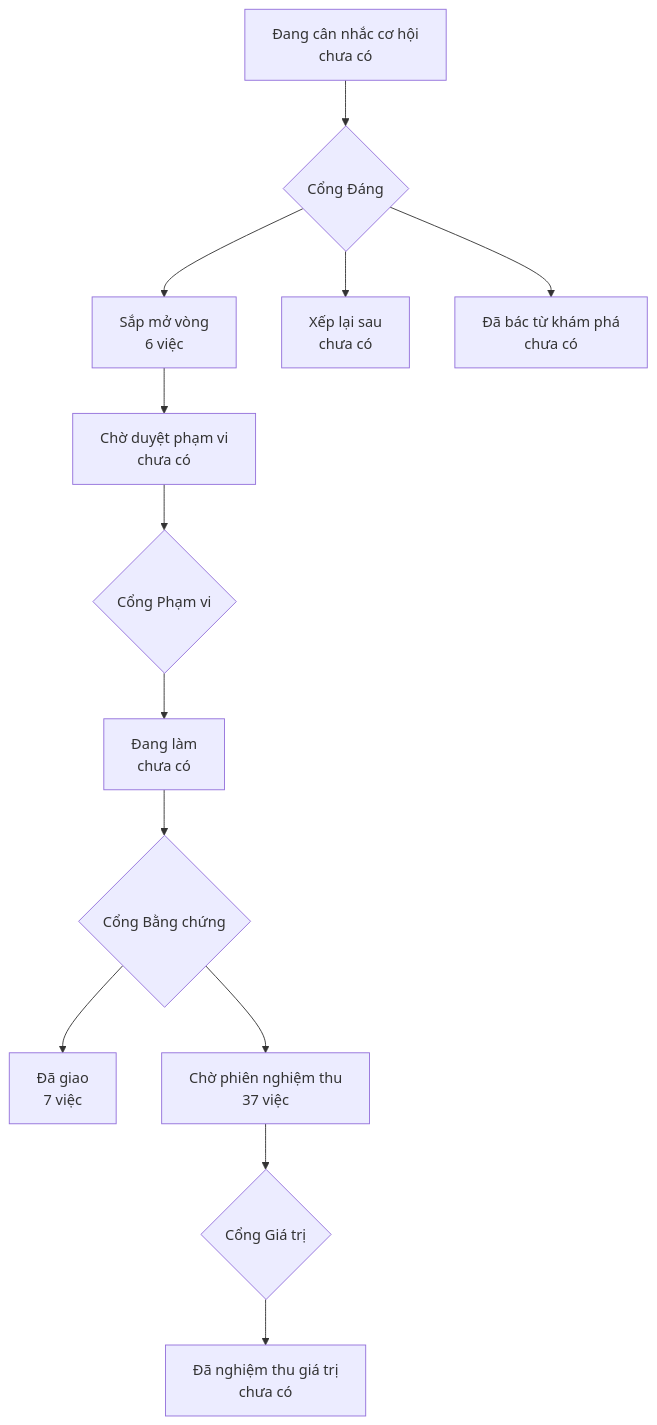
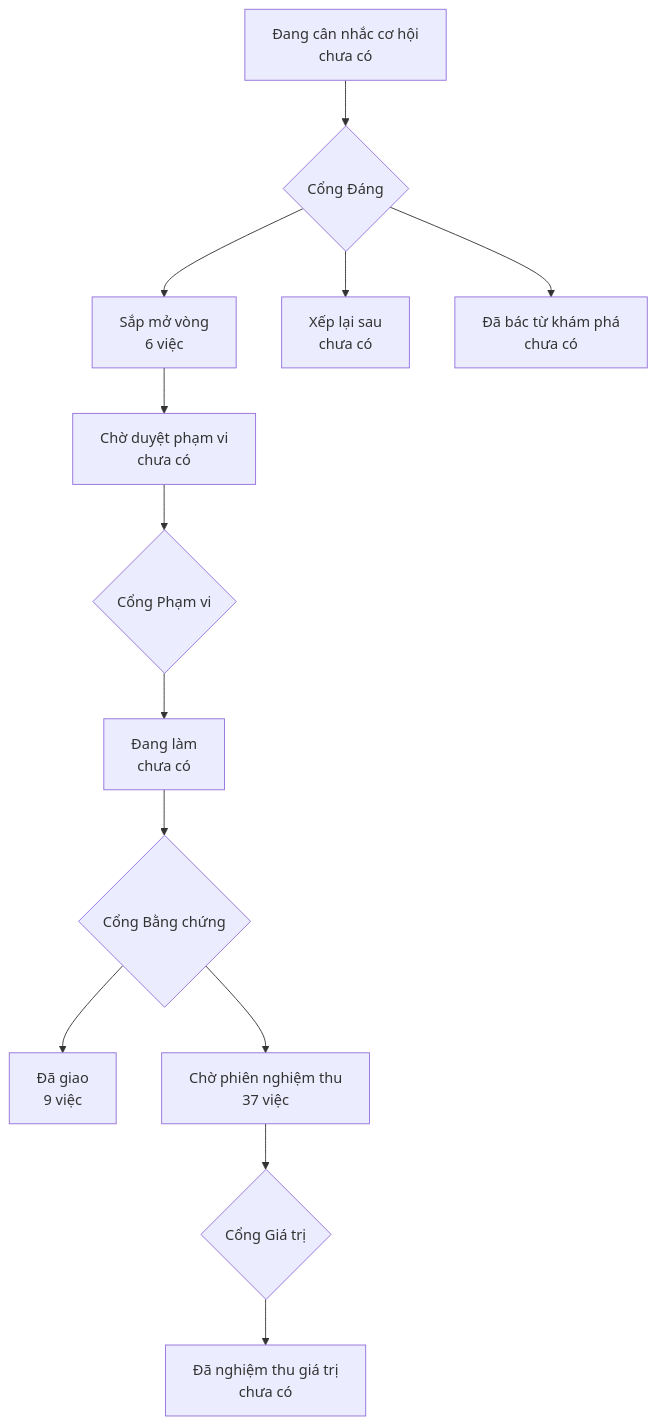
One commit to phanlemanh/onehub-quy-hang changed the diagram in PRODUCT-MAP.md. Above: the diagram before and after it, drawn with Mermaid. The commit also changed other lines of this file and 1 other file, not shown here.

Commit message:
chore: vẽ lại bản đồ và lộ trình sau khi gộp main

````diff
--- a/PRODUCT-MAP.md
+++ b/PRODUCT-MAP.md
@@ -7,12 +7,12 @@
 ```mermaid
 flowchart TD
   A["Đang cân nhắc cơ hội<br/>chưa có"] --> GD{"Cổng Đáng"}
   GD --> B["Sắp mở vòng<br/>6 việc"]
   GD --> XL["Xếp lại sau<br/>chưa có"]
   GD --> DB["Đã bác từ khám phá<br/>chưa có"]
   B --> CD["Chờ duyệt phạm vi<br/>chưa có"] --> GP{"Cổng Phạm vi"}
   GP --> DL["Đang làm<br/>chưa có"] --> GB{"Cổng Bằng chứng"}
-  GB --> DG["Đã giao<br/>7 việc"]
+  GB --> DG["Đã giao<br/>9 việc"]
   GB --> CN["Chờ phiên nghiệm thu<br/>37 việc"] --> GG{"Cổng Giá trị"}
   GG --> NT["Đã nghiệm thu giá trị<br/>chưa có"]
 ```
````
